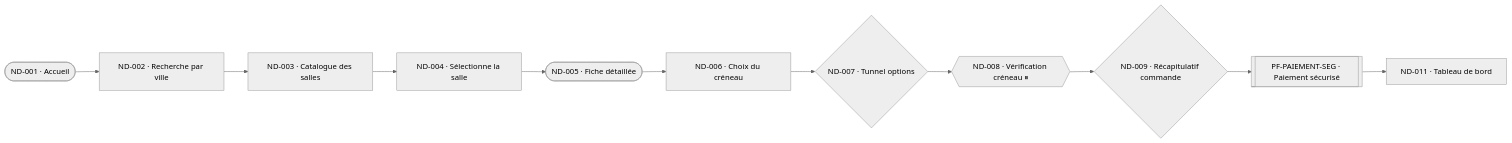
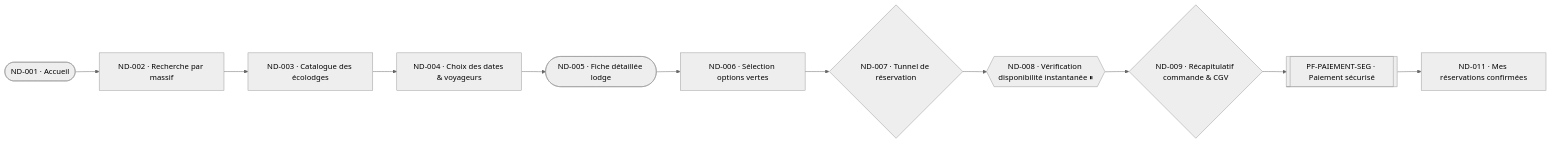
The diagram in examples/preview-showcase/PF-RESERVATION-NOM-collapsed.mmd (Pi0up/ai-skills), drawn with Mermaid (neutral theme) before and after one commit. The commit also changed 40 other files, not shown here.

Commit message:
feat(dataset): add comprehensive ECO-STAYS test dataset covering all IA articulation cases

```diff
--- a/examples/preview-showcase/PF-RESERVATION-NOM-collapsed.mmd
+++ b/examples/preview-showcase/PF-RESERVATION-NOM-collapsed.mmd
@@ -1,36 +1,36 @@
-%%@file id=PF-RESERVATION-NOM-collapsed project=SALLES kind=userflow view=collapsed uc=UC-RESERVATION obj=OBJ-RES-01 statut=nominal roles=CLIENT title="Réservation Nominale (Vue Repliée)" version="1.1" atterrissage=D001
+%%@file id=PF-RESERVATION-NOM-collapsed project=ECO-STAYS kind=userflow view=collapsed uc=UC-RESERVATION obj=OBJ-RES-01 statut=nominal roles=VOYAGEUR title="Réservation Nominale Écolodge (Vue Repliée)" version="1.3" atterrissage=L002
 %%@node ND_HOME code=HOME type=ECR order=1
 %%@node ND_ACT1 ref=FEAT-RECHERCHER type=ACT order=2
 %%@node ND_L001 code=L001 type=ECR order=3
-%%@node ND_ACT2 ref=FEAT-CHOISIR-SALLE type=ACT order=4
+%%@node ND_ACT2 ref=FEAT-CHOISIR-DATES type=ACT order=4
 %%@node ND_C001 code=C001 type=ECR order=5
 %%@node ND_ACT3 ref=FEAT-CONFIG-OPTIONS type=ACT order=6
 %%@node ND_F001 code=F001 type=ECR order=7
-%%@node ND_ATT1 type=ATT break=yes delay=3m persist=session resume=ND_F001_RECAP order=8
+%%@node ND_ATT1 type=ATT break=yes delay=30s persist=volatile resume=ND_F001_RECAP order=8
 %%@node ND_F001_RECAP code=F001:RECAP type=ECR order=9
 %%@node ND_CALL_PAY code=PF-PAIEMENT-SEG type=CALL order=10
-%%@node ND_D001 code=D001 type=ECR order=11
+%%@node ND_L002 code=L002 type=ECR order=11
 %%@edge ND_HOME>ND_ACT1 kind=nominal
 %%@edge ND_ACT1>ND_L001 kind=nominal
 %%@edge ND_L001>ND_ACT2 kind=nominal
 %%@edge ND_ACT2>ND_C001 kind=nominal
 %%@edge ND_C001>ND_ACT3 kind=nominal
 %%@edge ND_ACT3>ND_F001 kind=nominal
 %%@edge ND_F001>ND_ATT1 kind=nominal
 %%@edge ND_ATT1>ND_F001_RECAP kind=nominal
 %%@edge ND_F001_RECAP>ND_CALL_PAY kind=nominal
-%%@edge ND_CALL_PAY>ND_D001 kind=nominal
+%%@edge ND_CALL_PAY>ND_L002 kind=nominal
 flowchart LR
   ND_HOME(["ND-001 · Accueil"])
-  ND_ACT1["ND-002 · Recherche par ville"]
-  ND_L001["ND-003 · Catalogue des salles"]
-  ND_ACT2["ND-004 · Sélectionne la salle"]
-  ND_C001(["ND-005 · Fiche détaillée"])
-  ND_ACT3["ND-006 · Choix du créneau"]
-  ND_F001{"ND-007 · Tunnel options"}
-  ND_ATT1{{"ND-008 · Vérification créneau ⏸"}}
-  ND_F001_RECAP{"ND-009 · Récapitulatif commande"}
+  ND_ACT1["ND-002 · Recherche par massif"]
+  ND_L001["ND-003 · Catalogue des écolodges"]
+  ND_ACT2["ND-004 · Choix des dates & voyageurs"]
+  ND_C001(["ND-005 · Fiche détaillée lodge"])
+  ND_ACT3["ND-006 · Sélection options vertes"]
+  ND_F001{"ND-007 · Tunnel de réservation"}
+  ND_ATT1{{"ND-008 · Vérification disponibilité instantanée ⏸"}}
+  ND_F001_RECAP{"ND-009 · Récapitulatif commande & CGV"}
   ND_CALL_PAY[["PF-PAIEMENT-SEG · Paiement sécurisé"]]
-  ND_D001["ND-011 · Tableau de bord"]
+  ND_L002["ND-011 · Mes réservations confirmées"]
 
-  ND_HOME --> ND_ACT1 --> ND_L001 --> ND_ACT2 --> ND_C001 --> ND_ACT3 --> ND_F001 --> ND_ATT1 --> ND_F001_RECAP --> ND_CALL_PAY --> ND_D001
+  ND_HOME --> ND_ACT1 --> ND_L001 --> ND_ACT2 --> ND_C001 --> ND_ACT3 --> ND_F001 --> ND_ATT1 --> ND_F001_RECAP --> ND_CALL_PAY --> ND_L002
```
